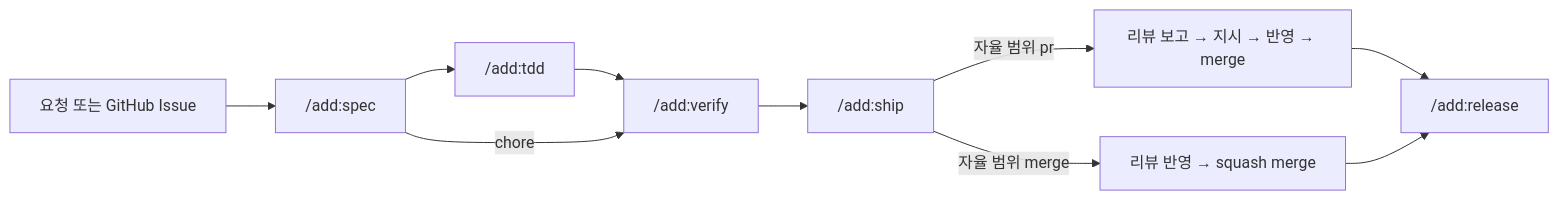
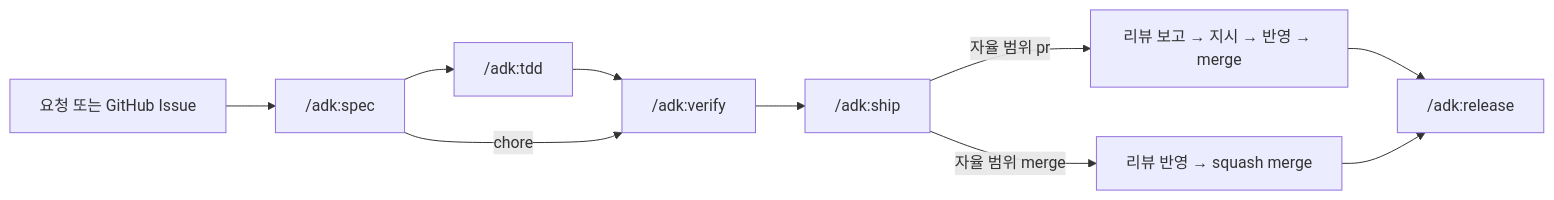
The diagram in README.md (hwanyu365/agentic-dev-kit), drawn with Mermaid before and after one commit. The commit also changed other lines of this file and 73 other files, not shown here.

````diff
--- a/README.md
+++ b/README.md
@@ -42,8 +41,8 @@
 ```mermaid
 flowchart LR
-  I[요청 또는 GitHub Issue] --> S["/add:spec"] --> T["/add:tdd"] --> V["/add:verify"] --> P["/add:ship"]
+  I[요청 또는 GitHub Issue] --> S["/adk:spec"] --> T["/adk:tdd"] --> V["/adk:verify"] --> P["/adk:ship"]
   S -->|chore| V
   P -->|자율 범위 pr| R[리뷰 보고 → 지시 → 반영 → merge]
   P -->|자율 범위 merge| M[리뷰 반영 → squash merge]
-  R & M --> L["/add:release"]
+  R & M --> L["/adk:release"]
 ```
````
